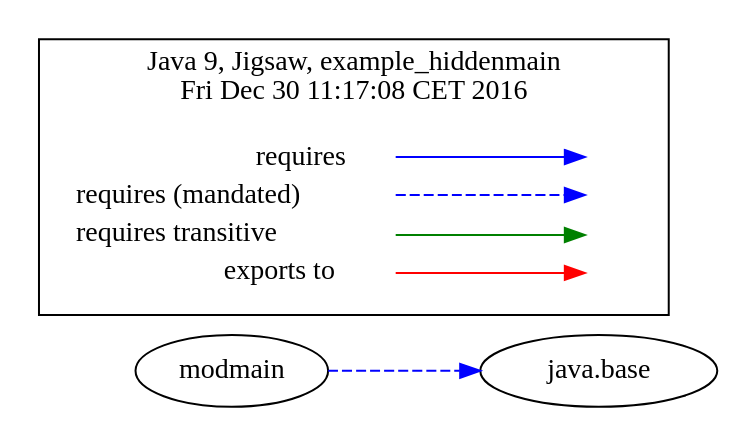
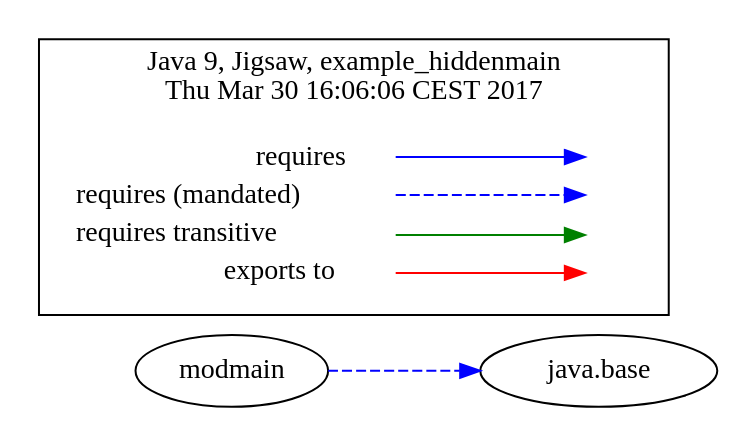
Before and after one commit to accso/java9-jigsaw-examples: the diagram in jigsaw-examples/example_hiddenmain/moduledependencies-withlegend.dot, drawn with Graphviz. The commit also changed 112 other files, not shown here.

```diff
--- a/jigsaw-examples/example_hiddenmain/moduledependencies-withlegend.dot
+++ b/jigsaw-examples/example_hiddenmain/moduledependencies-withlegend.dot
@@ -1,29 +1,29 @@
-# Created by depvis.JigsawDepVisualizer on Fri Dec 30 11:17:08 CET 2016
+# Created by depvis.JigsawDepVisualizer on Thu Mar 30 16:06:06 CEST 2017
 digraph Java9_Dependency_Visualizer {
 modmain[fontname="Consolas",shape="ellipse",label="modmain"];
 java_base[fontname="Consolas",shape="ellipse",label="java.base"];
 modmain -> java_base[color="#0000ff",fontname="Consolas",fontcolor="#0000ff",style="dashed",weight="16"]
 rankdir=LR
 node [shape=plaintext]
 subgraph cluster_01 { 
   label = "Java 9, Jigsaw, example_hiddenmain
-Fri Dec 30 11:17:08 CET 2016"
+Thu Mar 30 16:06:06 CEST 2017"
   fontname="Consolas"
   key [label=<<table border="0" cellpadding="2" cellspacing="0" cellborder="0">
     <tr><td align="right" port="i1">requires</td></tr>
     <tr><td align="right" port="i2">requires (mandated)</td></tr>
     <tr><td align="right" port="i3">requires transitive</td></tr>
     <tr><td align="right" port="i4">exports to</td></tr>
     </table>>,fontname="Consolas"]
   key2 [label=<<table border="0" cellpadding="2" cellspacing="0" cellborder="0">
     <tr><td port="i1">&nbsp;</td></tr>
     <tr><td port="i2">&nbsp;</td></tr>
     <tr><td port="i3">&nbsp;</td></tr>
     <tr><td port="i4">&nbsp;</td></tr>
     </table>>,fontname="Consolas"]
   key:i1:e -> key2:i1:w [color=BLUE]
   key:i2:e -> key2:i2:w [color=BLUE, style=dashed]
   key:i3:e -> key2:i3:w [color=GREEN]
   key:i4:e -> key2:i4:w [color=RED]
 }
 }
```
